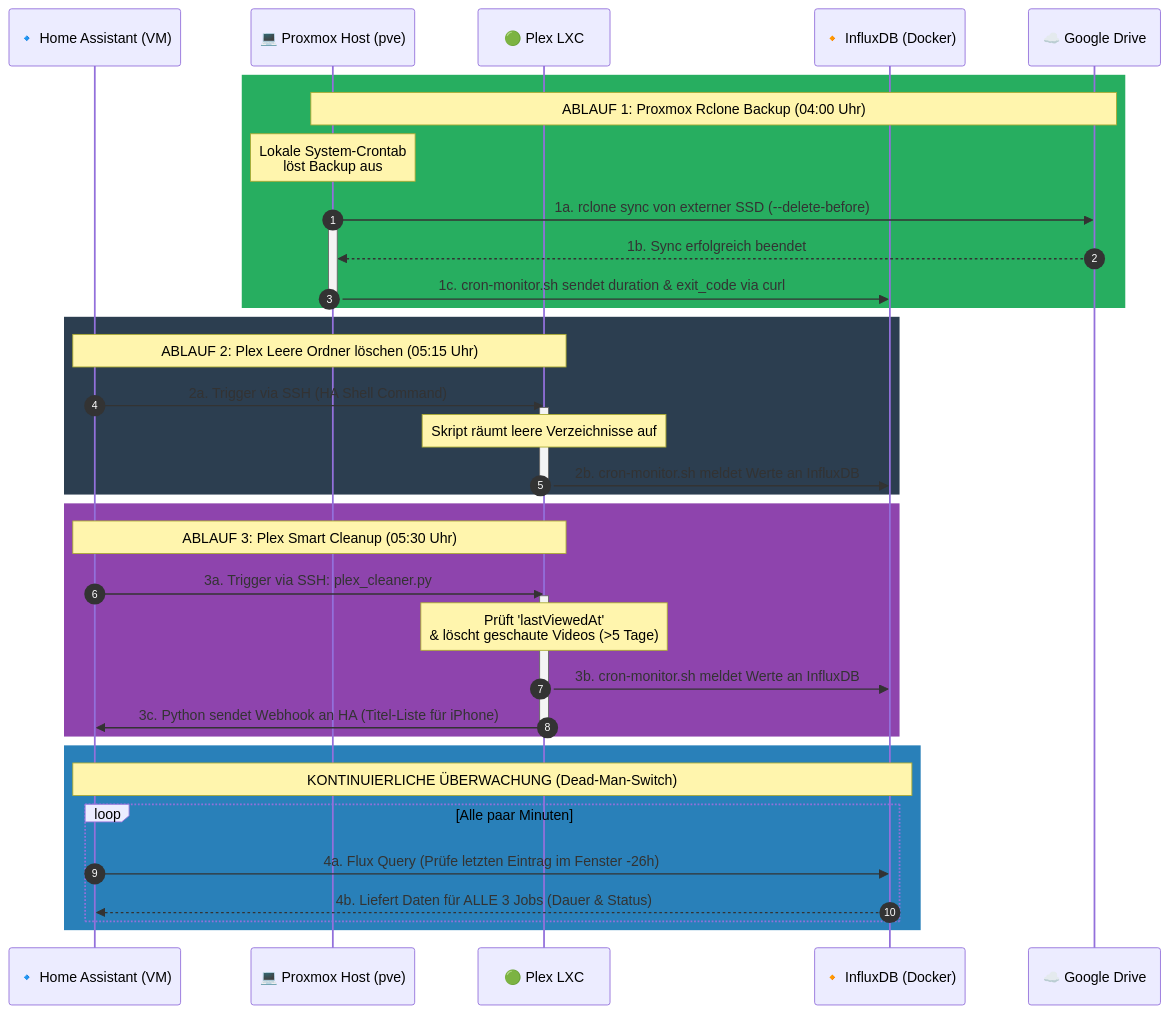
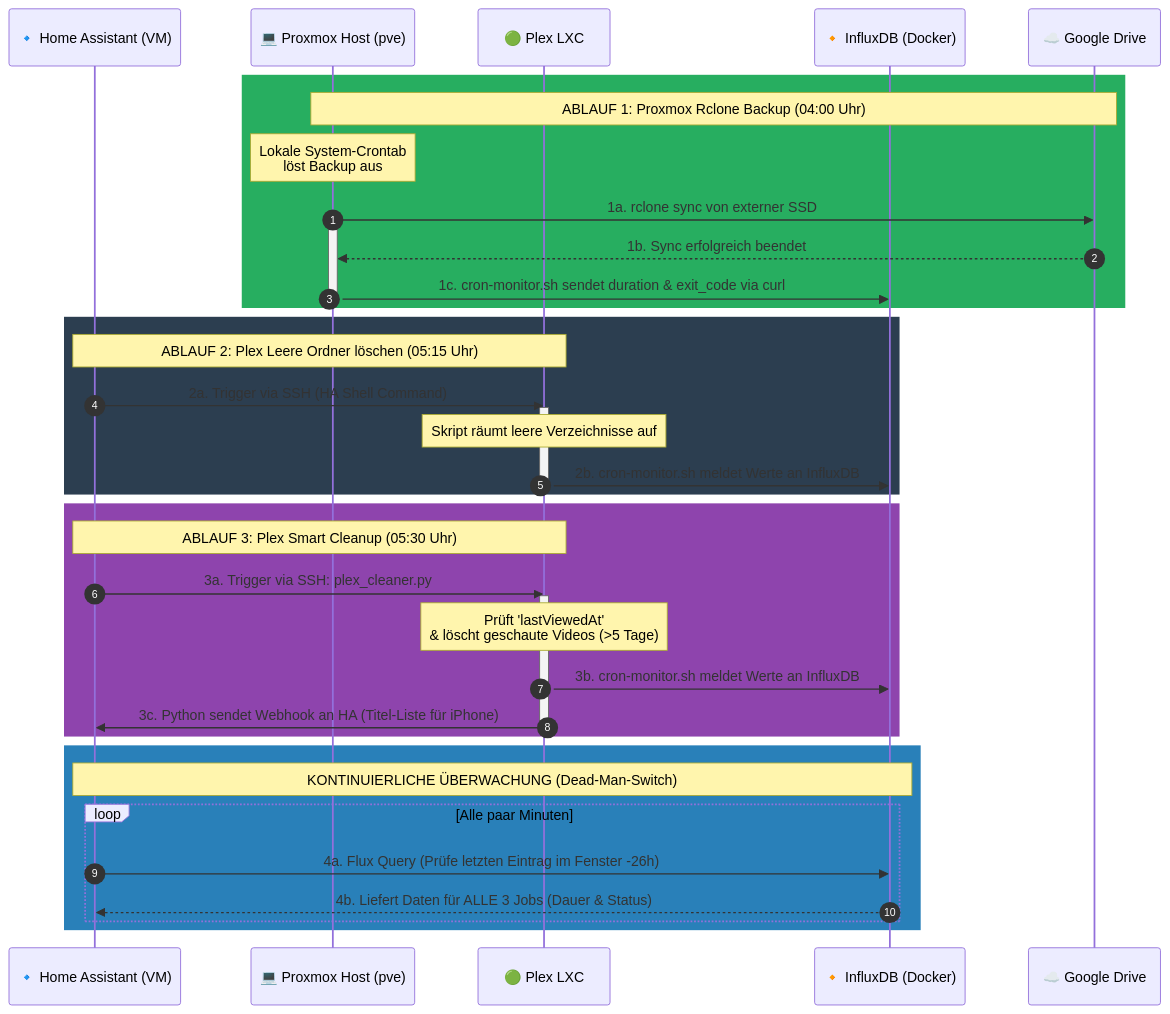
One commit to mxpfister/homelab-architecture changed the second of 6 diagrams in README.md. Above: the diagram before and after it, drawn with Mermaid. The commit also changed other lines of this file, not shown here.

````diff
--- a/README.md
+++ b/README.md
@@ -56,50 +56,50 @@
 ```mermaid
 sequenceDiagram
     autonumber
     participant HA as 🔹 Home Assistant (VM)
     participant PVE as 💻 Proxmox Host (pve)
     participant PlexLXC as 🟢 Plex LXC
     participant Influx as 🔸 InfluxDB (Docker)
     participant GDrive as ☁️ Google Drive
 
     %% --- ABLAUF 1: PROXMOX BACKUP (04:00 UHR) ---
     rect rgb(39, 174, 96)
         Note over PVE, GDrive: ABLAUF 1: Proxmox Rclone Backup (04:00 Uhr)
         Note over PVE: Lokale System-Crontab<br>löst Backup aus
-        PVE->>GDrive: 1a. rclone sync von externer SSD (--delete-before)
+        PVE->>GDrive: 1a. rclone sync von externer SSD
         activate PVE
         GDrive-->>PVE: 1b. Sync erfolgreich beendet
         PVE->>Influx: 1c. cron-monitor.sh sendet duration & exit_code via curl
         deactivate PVE
     end
 
     %% --- ABLAUF 2: PLEX LEERE ORDNER LÖSCHEN (05:15 UHR) ---
     rect rgb(44, 62, 80)
         Note over HA, PlexLXC: ABLAUF 2: Plex Leere Ordner löschen (05:15 Uhr)
         HA->>PlexLXC: 2a. Trigger via SSH (HA Shell Command)
         activate PlexLXC
         Note over PlexLXC: Skript räumt leere Verzeichnisse auf
         PlexLXC->>Influx: 2b. cron-monitor.sh meldet Werte an InfluxDB
         deactivate PlexLXC
     end
 
     %% --- ABLAUF 3: PLEX SMART CLEANUP (05:30 UHR) ---
     rect rgb(142, 68, 173)
         Note over HA, PlexLXC: ABLAUF 3: Plex Smart Cleanup (05:30 Uhr)
         HA->>PlexLXC: 3a. Trigger via SSH: plex_cleaner.py
         activate PlexLXC
         Note over PlexLXC: Prüft 'lastViewedAt'<br>& löscht geschaute Videos (>5 Tage)
         PlexLXC->>Influx: 3b. cron-monitor.sh meldet Werte an InfluxDB
         PlexLXC->>HA: 3c. Python sendet Webhook an HA (Titel-Liste für iPhone)
         deactivate PlexLXC
     end
 
     %% --- ABFRAGE-SCHLEIFE (DEAD-MAN-SWITCH) ---
     rect rgb(41, 128, 185)
         Note over HA, Influx: KONTINUIERLICHE ÜBERWACHUNG (Dead-Man-Switch)
         loop Alle paar Minuten
             HA->>Influx: 4a. Flux Query (Prüfe letzten Eintrag im Fenster -26h)
             Influx-->>HA: 4b. Liefert Daten für ALLE 3 Jobs (Dauer & Status)
         end
     end
 ```
````
